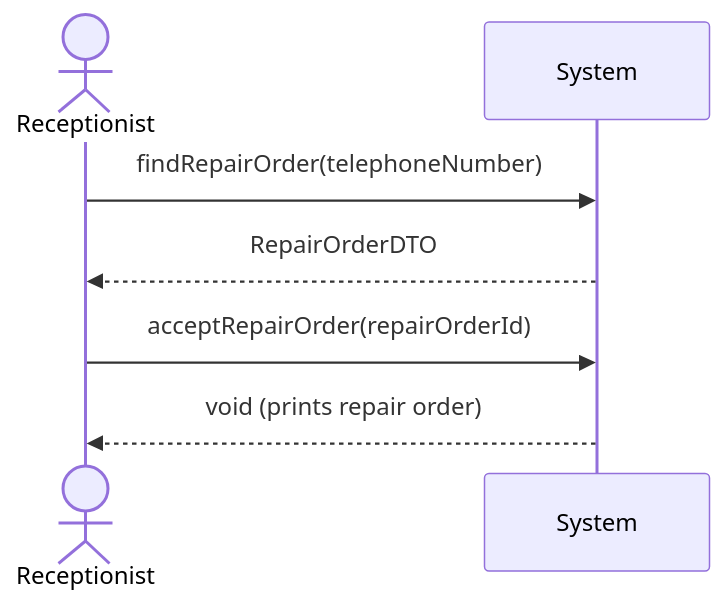
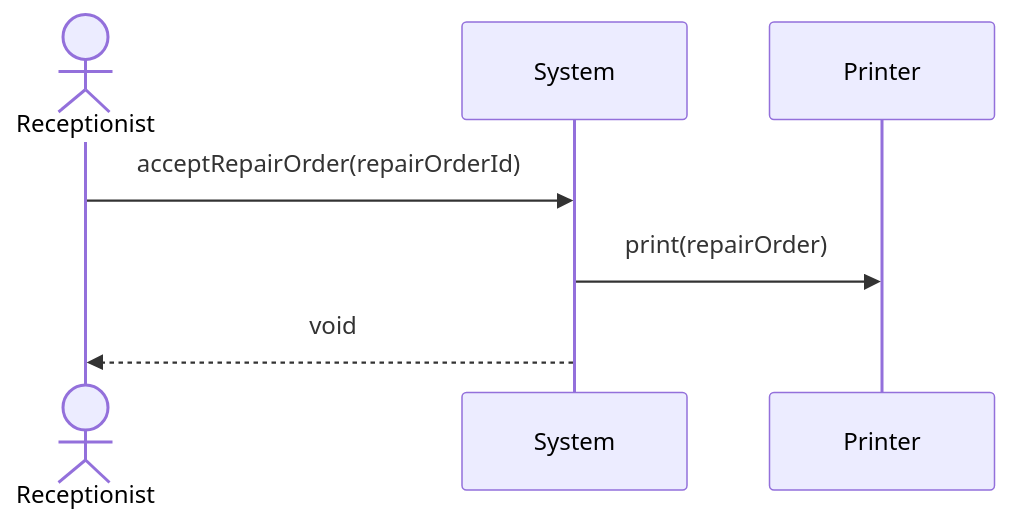
One commit to mo-mosverkstad/java-learning changed the ninth of 10 diagrams in maven-projects/ElectricBikeRepair/README.md. Above: the diagram before and after it, drawn with Mermaid. The commit also changed other lines of this file, not shown here.

````diff
--- a/maven-projects/ElectricBikeRepair/README.md
+++ b/maven-projects/ElectricBikeRepair/README.md
@@ -379,10 +431,10 @@
 ```mermaid
 sequenceDiagram
     actor Receptionist
     participant System
+    participant Printer
 
-    Receptionist ->> System: findRepairOrder(telephoneNumber)
-    System -->> Receptionist: RepairOrderDTO
     Receptionist ->> System: acceptRepairOrder(repairOrderId)
-    System -->> Receptionist: void (prints repair order)
+    System ->> Printer: print(repairOrder)
+    System -->> Receptionist: void
 ```
````
